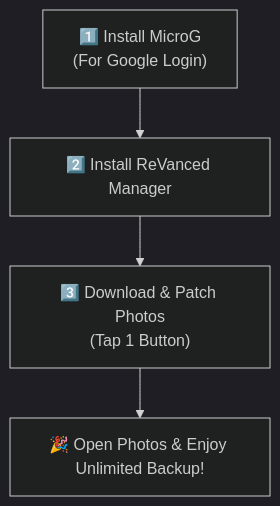
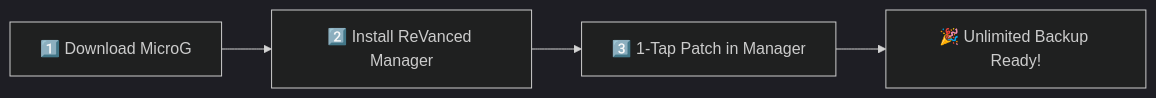
Before and after one commit to shohagranasuvo/Google_Photos_Unlimited: the diagram in docs/installation.md, drawn with Mermaid (dark theme). The commit also changed other lines of this file and 1 other file, not shown here.

````diff
--- a/docs/installation.md
+++ b/docs/installation.md
@@ -9,6 +18,6 @@
 ```mermaid
-flowchart TD
-    Step1["1️⃣ Install MicroG\n(For Google Login)"] --> Step2["2️⃣ Install ReVanced Manager"]
-    Step2 --> Step3["3️⃣ Download & Patch Photos\n(Tap 1 Button)"]
-    Step3 --> Done["🎉 Open Photos & Enjoy Unlimited Backup!"]
+flowchart LR
+    A["1️⃣ Download MicroG"] --> B["2️⃣ Install ReVanced Manager"]
+    B --> C["3️⃣ 1-Tap Patch in Manager"]
+    C --> D["🎉 Unlimited Backup Ready!"]
 ```
````
